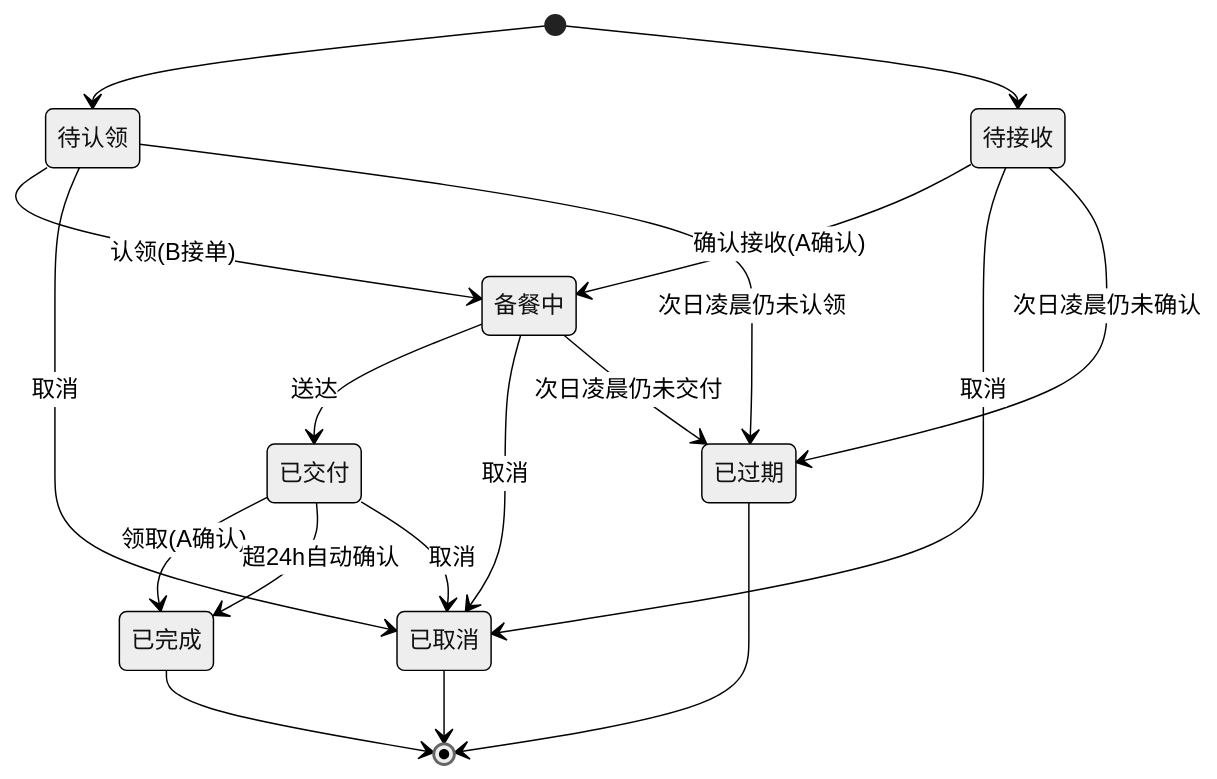
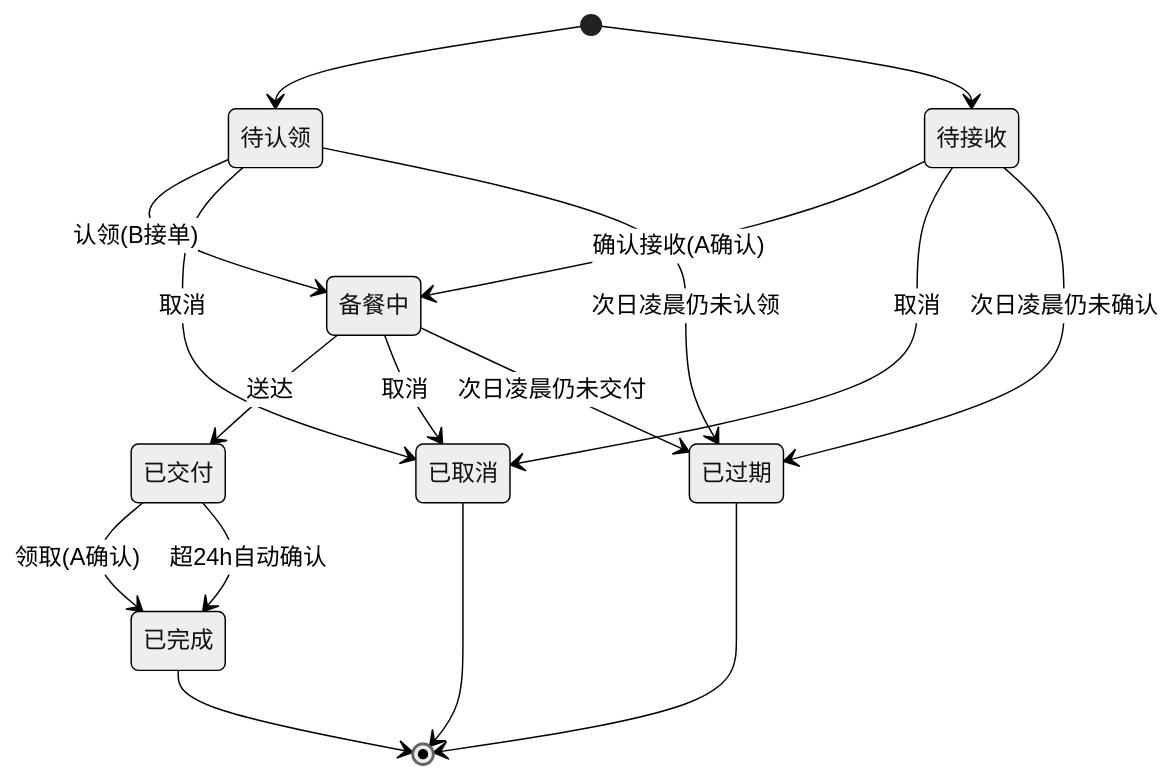
Before and after one commit to wzp123321/Couple-meal-Delivery-mini-program: the diagram in docs/产品需求文档.md, drawn with Mermaid (neutral theme). The commit also changed other lines of this file and 21 other files, not shown here.

First line of the commit message:
docs: 收敛文档口径并补充图片压缩与数量限制

````diff
--- a/docs/产品需求文档.md
+++ b/docs/产品需求文档.md
@@ -209,20 +211,19 @@
 ```mermaid
 stateDiagram-v2
     [*] --> 待认领
     [*] --> 待接收
     待认领 --> 备餐中 : 认领(B接单)
     待认领 --> 已取消 : 取消
     待认领 --> 已过期 : 次日凌晨仍未认领
     待接收 --> 备餐中 : 确认接收(A确认)
     待接收 --> 已取消 : 取消
     待接收 --> 已过期 : 次日凌晨仍未确认
     备餐中 --> 已交付 : 送达
     备餐中 --> 已取消 : 取消
     备餐中 --> 已过期 : 次日凌晨仍未交付
     已交付 --> 已完成 : 领取(A确认)
     已交付 --> 已完成 : 超24h自动确认
-    已交付 --> 已取消 : 取消
     已完成 --> [*]
     已取消 --> [*]
     已过期 --> [*]
 ```
````
